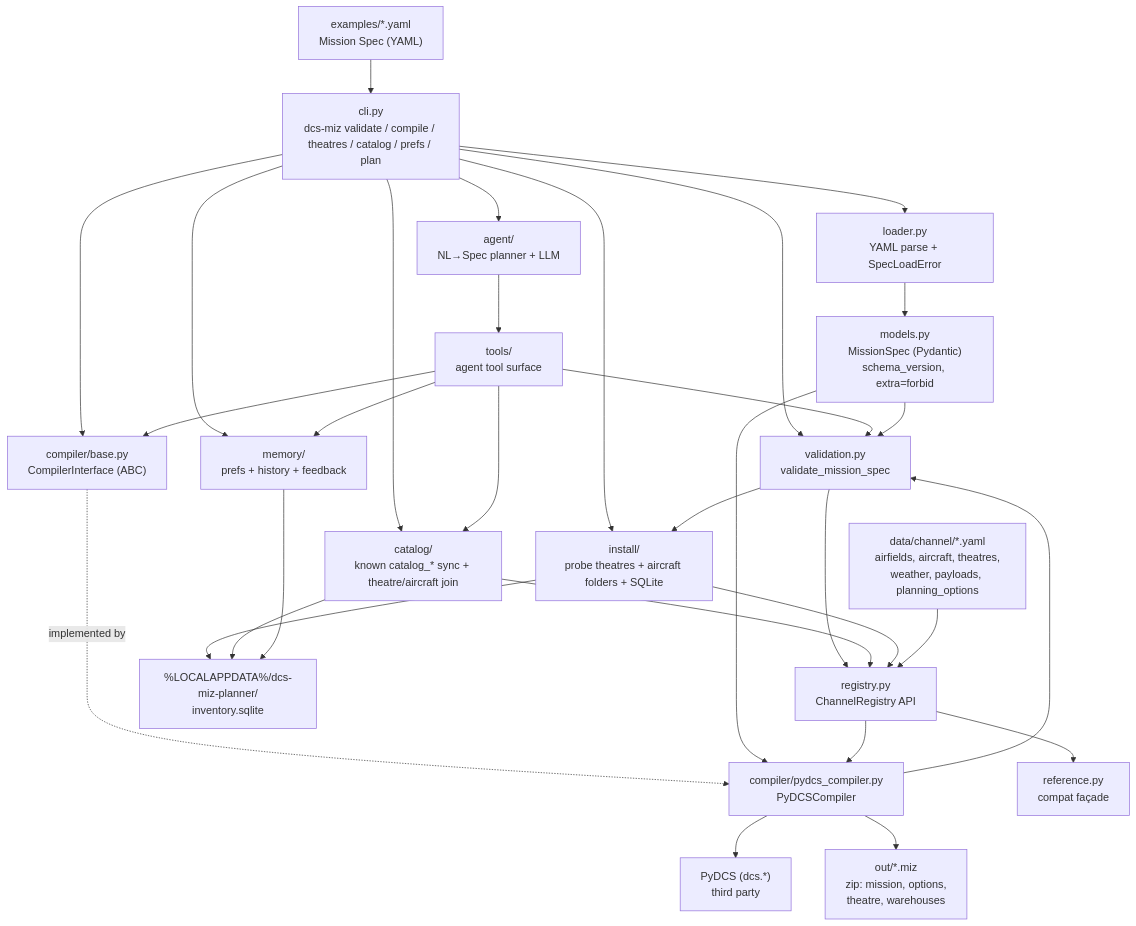
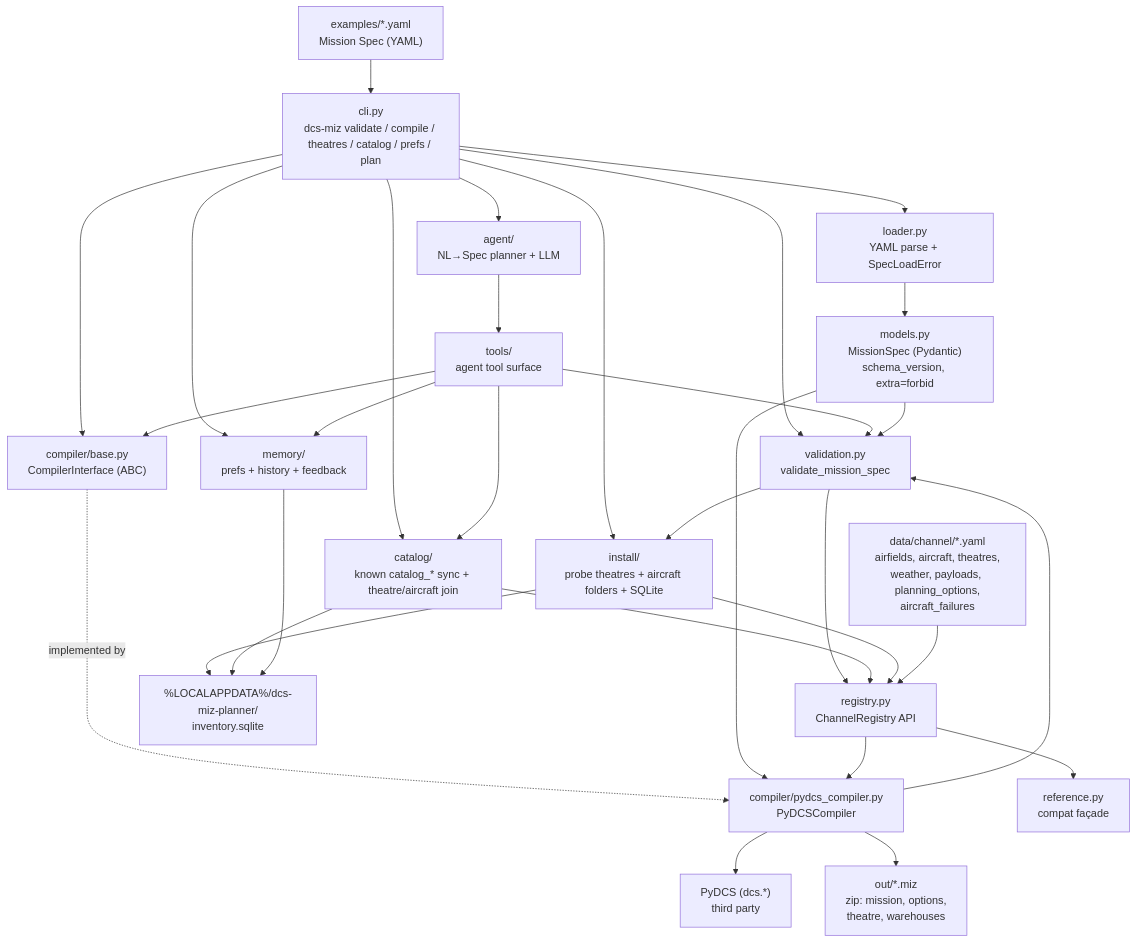
Before and after one commit to amalaguti/dcs-miz-planner-agentic: the first of 2 diagrams in docs/ARCHITECTURE.md, drawn with Mermaid. The commit also changed other lines of this file and 26 other files, not shown here.

First line of the commit message:
Add opt-in Spec aircraft failures via ME Failures panel.

````diff
--- a/docs/ARCHITECTURE.md
+++ b/docs/ARCHITECTURE.md
@@ -12,50 +12,50 @@
 ```mermaid
 flowchart TD
     yaml["examples/*.yaml<br/>Mission Spec (YAML)"]
     cli["cli.py<br/>dcs-miz validate / compile / theatres / catalog / prefs / plan"]
     loader["loader.py<br/>YAML parse + SpecLoadError"]
     models["models.py<br/>MissionSpec (Pydantic)<br/>schema_version, extra=forbid"]
     validation["validation.py<br/>validate_mission_spec"]
     base["compiler/base.py<br/>CompilerInterface (ABC)"]
     pydcs["compiler/pydcs_compiler.py<br/>PyDCSCompiler"]
     registry["registry.py<br/>ChannelRegistry API"]
-    data["data/channel/*.yaml<br/>airfields, aircraft, theatres,<br/>weather, payloads, planning_options"]
+    data["data/channel/*.yaml<br/>airfields, aircraft, theatres,<br/>weather, payloads, planning_options,<br/>aircraft_failures"]
     catalog["catalog/<br/>known catalog_* sync + theatre/aircraft join"]
     tools["tools/<br/>agent tool surface"]
     agent["agent/<br/>NL→Spec planner + LLM"]
     install["install/<br/>probe theatres + aircraft folders + SQLite"]
     memory["memory/<br/>prefs + history + feedback"]
     invdb["%LOCALAPPDATA%/dcs-miz-planner/<br/>inventory.sqlite"]
     ref["reference.py<br/>compat façade"]
     lib["PyDCS (dcs.*)<br/>third party"]
     miz["out/*.miz<br/>zip: mission, options,<br/>theatre, warehouses"]
 
     yaml --> cli --> loader --> models
     cli --> validation
     cli --> base
     cli --> install
     cli --> catalog
     cli --> agent
     cli --> memory
     agent --> tools
     tools --> catalog
     tools --> memory
     tools --> validation
     tools --> base
     models --> validation
     validation --> registry
     validation --> install
     install --> invdb
     catalog --> invdb
     memory --> invdb
     catalog --> registry
     install --> registry
     base -.implemented by.-> pydcs
     models --> pydcs
     pydcs --> validation
     data --> registry
     registry --> pydcs
     registry --> ref
     pydcs --> lib
     pydcs --> miz
 ```
````
